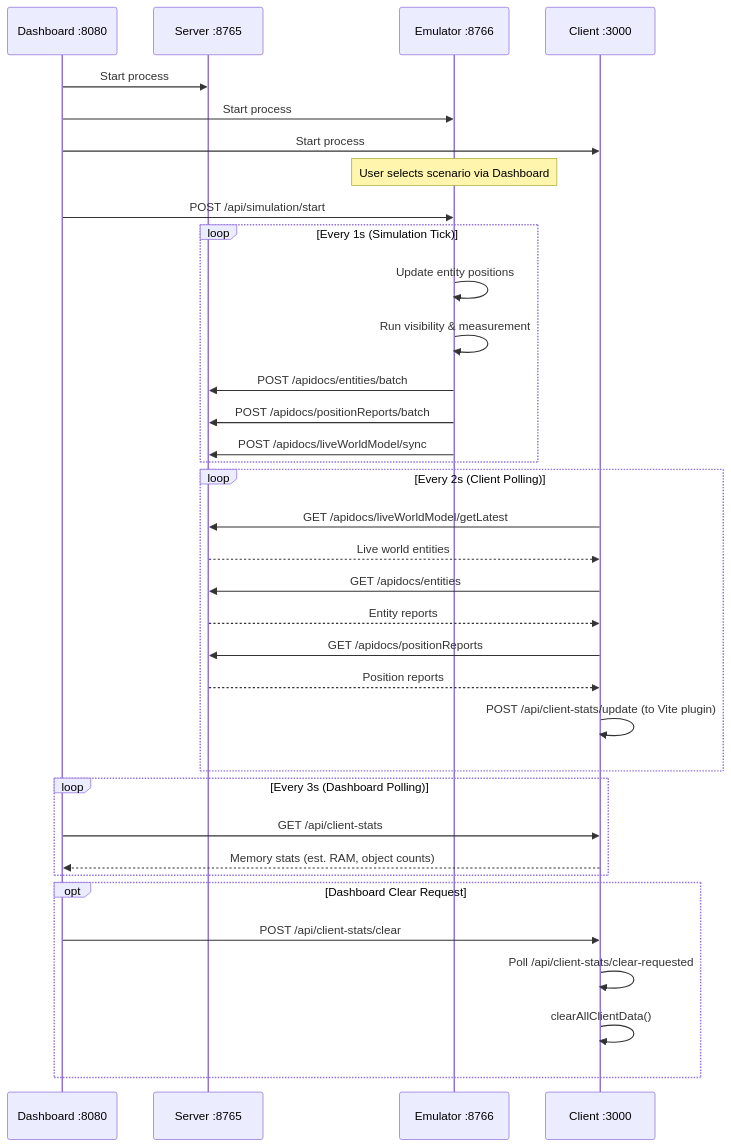
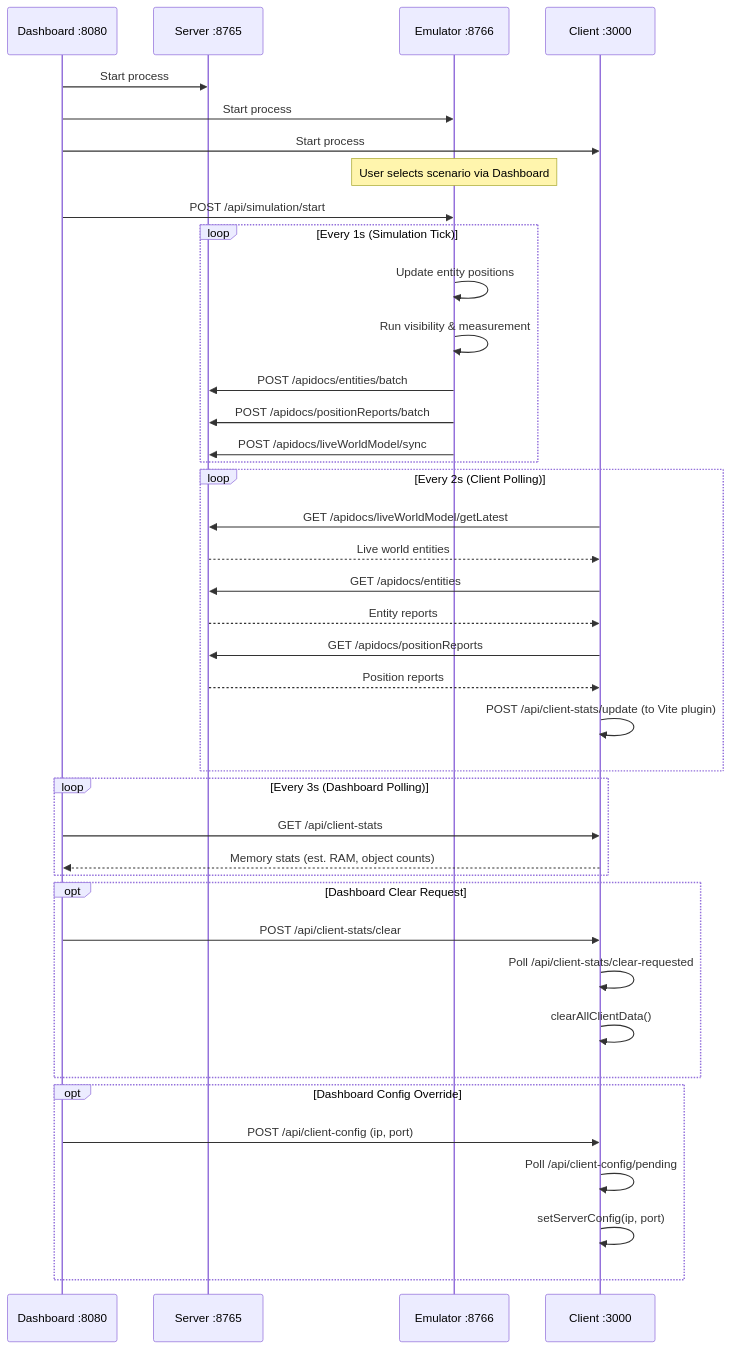
The second of 2 diagrams in docs/system-architecture-diagram.md (ericpauls/disco_workspace), drawn with Mermaid before and after one commit. The commit also changed other lines of this file and 4 other files, not shown here.

First line of the commit message:
feat: Add dashboard config controls and update submodule ref

````diff
--- a/docs/system-architecture-diagram.md
+++ b/docs/system-architecture-diagram.md
@@ -78,44 +78,50 @@
 ```mermaid
 sequenceDiagram
     participant D as Dashboard :8080
     participant S as Server :8765
     participant E as Emulator :8766
     participant C as Client :3000
 
     D->>S: Start process
     D->>E: Start process
     D->>C: Start process
 
     Note over E: User selects scenario via Dashboard
     D->>E: POST /api/simulation/start
 
     loop Every 1s (Simulation Tick)
         E->>E: Update entity positions
         E->>E: Run visibility & measurement
 
         E->>S: POST /apidocs/entities/batch
         E->>S: POST /apidocs/positionReports/batch
         E->>S: POST /apidocs/liveWorldModel/sync
     end
 
     loop Every 2s (Client Polling)
         C->>S: GET /apidocs/liveWorldModel/getLatest
         S-->>C: Live world entities
         C->>S: GET /apidocs/entities
         S-->>C: Entity reports
         C->>S: GET /apidocs/positionReports
         S-->>C: Position reports
         C->>C: POST /api/client-stats/update (to Vite plugin)
     end
 
     loop Every 3s (Dashboard Polling)
         D->>C: GET /api/client-stats
         C-->>D: Memory stats (est. RAM, object counts)
     end
 
     opt Dashboard Clear Request
         D->>C: POST /api/client-stats/clear
         C->>C: Poll /api/client-stats/clear-requested
         C->>C: clearAllClientData()
     end
+
+    opt Dashboard Config Override
+        D->>C: POST /api/client-config (ip, port)
+        C->>C: Poll /api/client-config/pending
+        C->>C: setServerConfig(ip, port)
+    end
 ```
````
